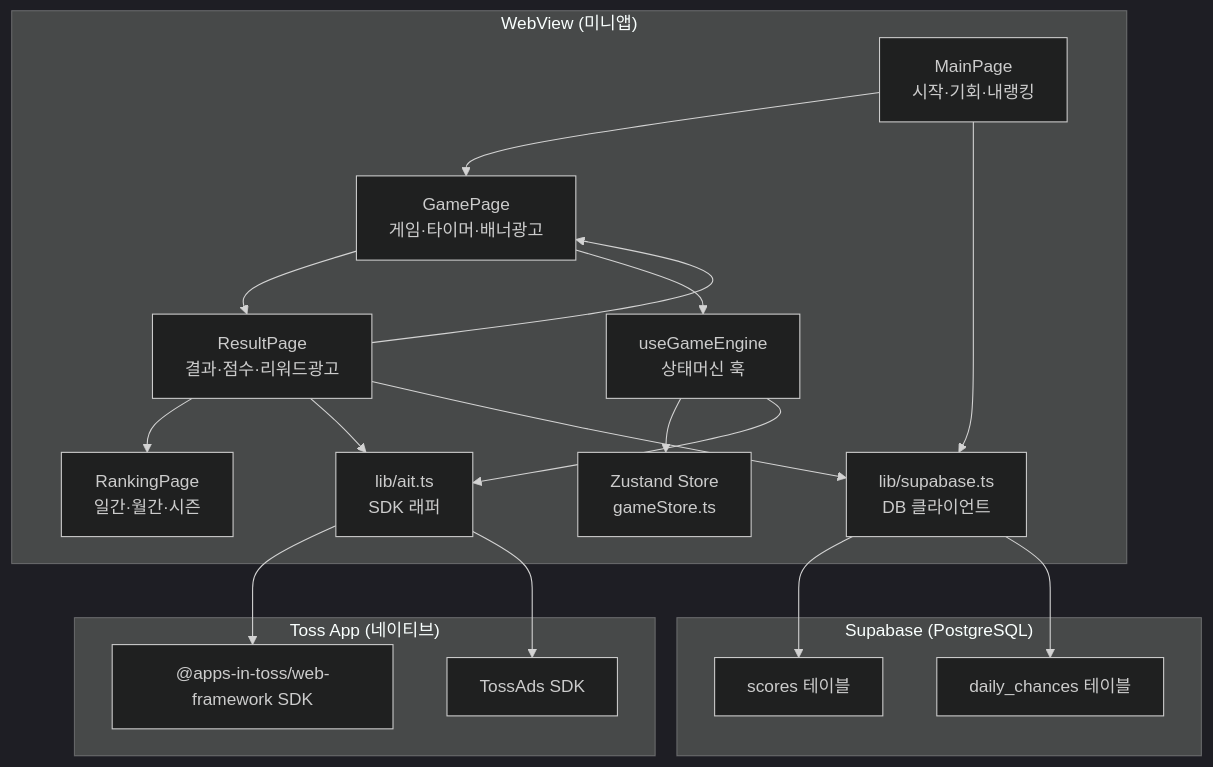
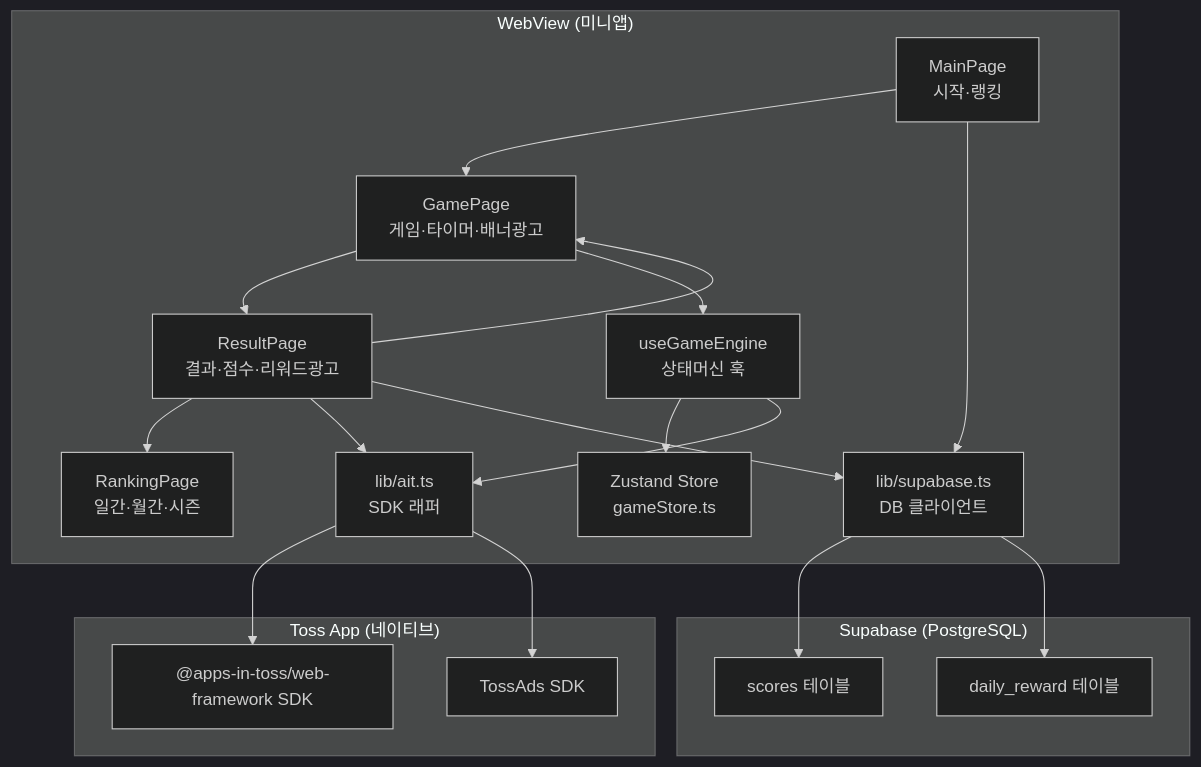
Before and after one commit to alruminum/memory-battle: the first of 5 diagrams in docs/architecture.md, drawn with Mermaid (dark theme). The commit also changed other lines of this file, not shown here.

Commit message:
docs: architecture.md daily_chances 제거 + daily_reward 반영 (PRD v0.2)

````diff
--- a/docs/architecture.md
+++ b/docs/architecture.md
@@ -5,39 +5,39 @@
 ```mermaid
 graph TD
   subgraph 토스앱["Toss App (네이티브)"]
     SDK["@apps-in-toss/web-framework SDK"]
     AdsSDK["TossAds SDK"]
   end
 
   subgraph WebView["WebView (미니앱)"]
-    Main["MainPage\n시작·기회·내랭킹"]
+    Main["MainPage\n시작·랭킹"]
     Game["GamePage\n게임·타이머·배너광고"]
     Result["ResultPage\n결과·점수·리워드광고"]
     Ranking["RankingPage\n일간·월간·시즌"]
 
     Store["Zustand Store\ngameStore.ts"]
     Engine["useGameEngine\n상태머신 훅"]
     AIT["lib/ait.ts\nSDK 래퍼"]
     SB["lib/supabase.ts\nDB 클라이언트"]
   end
 
   subgraph Supabase["Supabase (PostgreSQL)"]
     ScoresTable["scores 테이블"]
-    ChancesTable["daily_chances 테이블"]
+    DailyRewardTable["daily_reward 테이블"]
   end
 
   Main --> Game --> Result
   Result --> Ranking
   Result --> Game
 
   Game --> Engine --> Store
   Engine --> AIT
   Result --> AIT
   Result --> SB
   Main --> SB
 
   AIT --> SDK
   AIT --> AdsSDK
   SB --> ScoresTable
-  SB --> ChancesTable
+  SB --> DailyRewardTable
 ```
````
